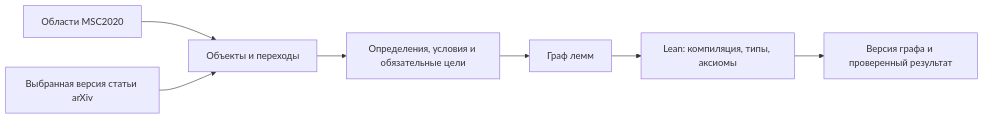
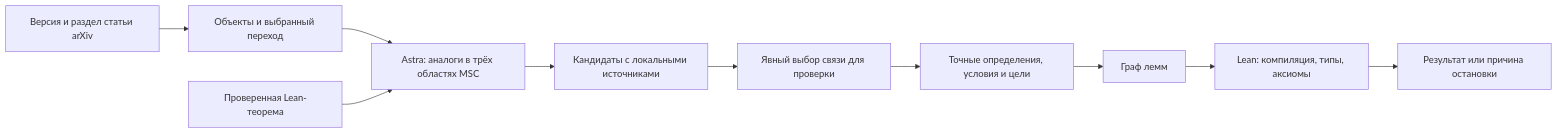
The diagram in README.md (Medrov/astra-math-research), drawn with Mermaid before and after one commit. The commit also changed other lines of this file and 137 other files, not shown here.

Commit message:
Release cross-MSC research workflow with two verified Lean sources

````diff
--- a/README.md
+++ b/README.md
@@ -8,9 +9,12 @@
 ```mermaid
 flowchart LR
-    MSC["Области MSC2020"] --> Objects["Объекты и переходы"]
-    Article["Выбранная версия статьи arXiv"] --> Objects
-    Objects --> Contract["Определения, условия и обязательные цели"]
+    Article["Версия и раздел статьи arXiv"] --> Objects["Объекты и выбранный переход"]
+    Objects --> Search["Astra: аналоги в трёх областях MSC"]
+    Source["Проверенная Lean-теорема"] --> Search
+    Search --> Candidate["Кандидаты с локальными источниками"]
+    Candidate --> Choice["Явный выбор связи для проверки"]
+    Choice --> Contract["Точные определения, условия и цели"]
     Contract --> Lemmas["Граф лемм"]
     Lemmas --> Lean["Lean: компиляция, типы, аксиомы"]
-    Lean --> Result["Версия графа и проверенный результат"]
+    Lean --> Result["Результат или причина остановки"]
 ```
````
